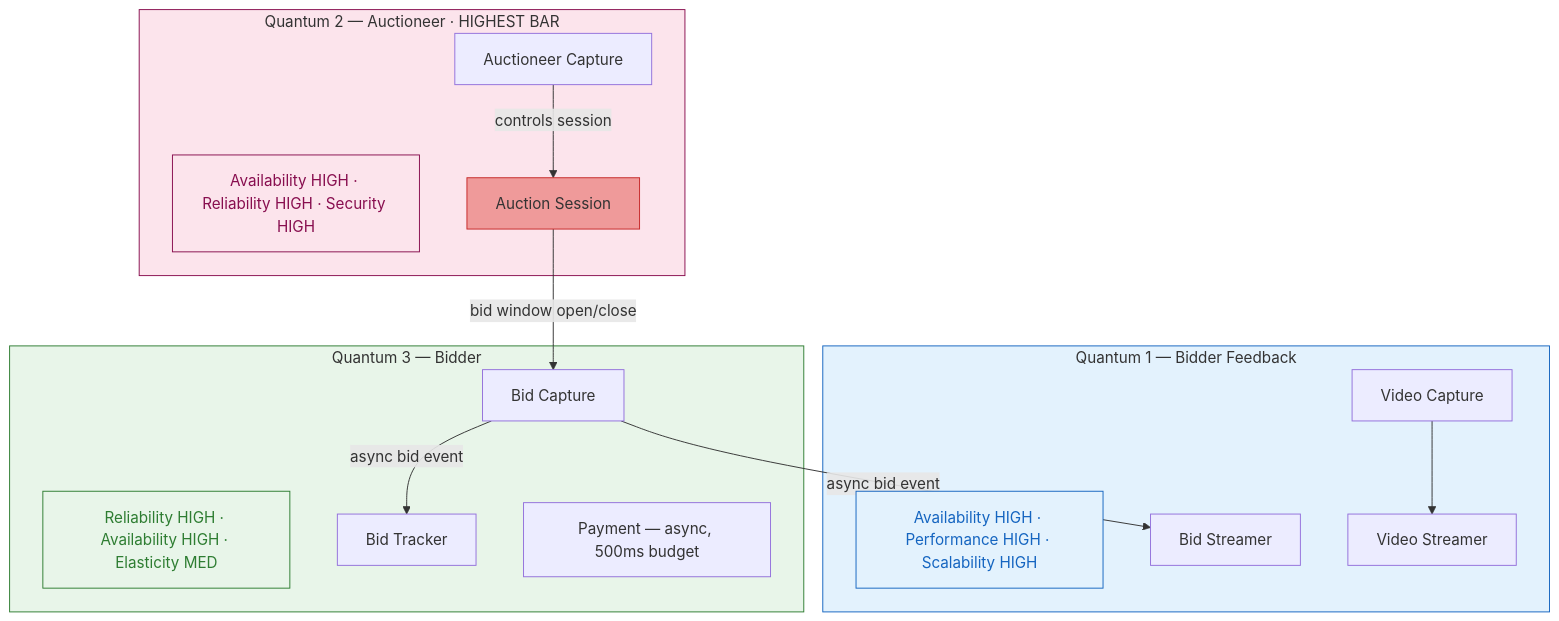
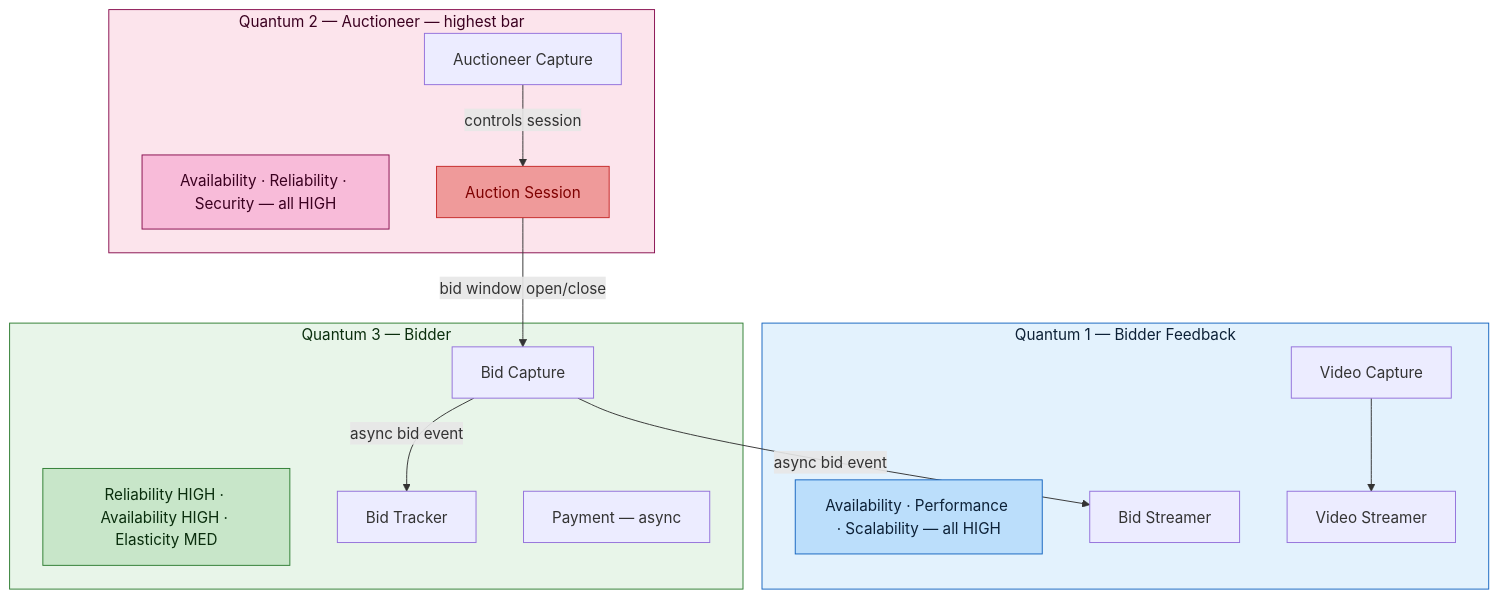
One commit to ozzgio/swbook-labs changed the diagram in books/fundamentals-of-software-architecture/diagrams/04-architecture-quantum.md. Above: the diagram before and after it, drawn with Mermaid. The commit also changed other lines of this file and 2 other files, not shown here.

Commit message:
fix: apply consistent diagram style standard across all 5 diagrams
- 02: remove multi-line \n text from nodes, move detail to table
- 04: shorten characteristic node labels, add explicit color: to all styles
- 05: switch flowchart LR to TD for vertical layout, strip emoji from nodes

Standard: short single-label nodes, explicit color: on every style,
detail in markdown table below, no \n in node text, no unquoted parens.

````diff
--- a/books/fundamentals-of-software-architecture/diagrams/04-architecture-quantum.md
+++ b/books/fundamentals-of-software-architecture/diagrams/04-architecture-quantum.md
@@ -7,36 +7,36 @@
 ```mermaid
 flowchart TB
     subgraph Q1["Quantum 1 — Bidder Feedback"]
-        Q1C["Availability HIGH · Performance HIGH · Scalability HIGH"]
+        Q1C["Availability · Performance · Scalability — all HIGH"]
         BS["Bid Streamer"]
         VC["Video Capture"]
         VS["Video Streamer"]
     end
 
-    subgraph Q2["Quantum 2 — Auctioneer · HIGHEST BAR"]
-        Q2C["Availability HIGH · Reliability HIGH · Security HIGH"]
+    subgraph Q2["Quantum 2 — Auctioneer — highest bar"]
+        Q2C["Availability · Reliability · Security — all HIGH"]
         AC["Auctioneer Capture"]
         AS["Auction Session"]
     end
 
     subgraph Q3["Quantum 3 — Bidder"]
         Q3C["Reliability HIGH · Availability HIGH · Elasticity MED"]
         BC["Bid Capture"]
         BT["Bid Tracker"]
-        PAY["Payment — async, 500ms budget"]
+        PAY["Payment — async"]
     end
 
     BC -- "async bid event" --> BS
     BC -- "async bid event" --> BT
     AS -- "bid window open/close" --> BC
     AC -- "controls session" --> AS
     VC --> VS
 
-    style Q1 fill:#e3f2fd,stroke:#1565c0
-    style Q2 fill:#fce4ec,stroke:#880e4f
-    style Q3 fill:#e8f5e9,stroke:#2e7d32
-    style AS fill:#ef9a9a,stroke:#c62828
-    style Q1C fill:#e3f2fd,stroke:#1565c0,color:#1565c0
-    style Q2C fill:#fce4ec,stroke:#880e4f,color:#880e4f
-    style Q3C fill:#e8f5e9,stroke:#2e7d32,color:#2e7d32
+    style Q1 fill:#e3f2fd,stroke:#1565c0,color:#0d2137
+    style Q2 fill:#fce4ec,stroke:#880e4f,color:#3b0020
+    style Q3 fill:#e8f5e9,stroke:#2e7d32,color:#0a2e0d
+    style Q1C fill:#bbdefb,stroke:#1565c0,color:#0d2137
+    style Q2C fill:#f8bbd9,stroke:#880e4f,color:#3b0020
+    style Q3C fill:#c8e6c9,stroke:#2e7d32,color:#0a2e0d
+    style AS fill:#ef9a9a,stroke:#c62828,color:#7f0000
 ```
````
